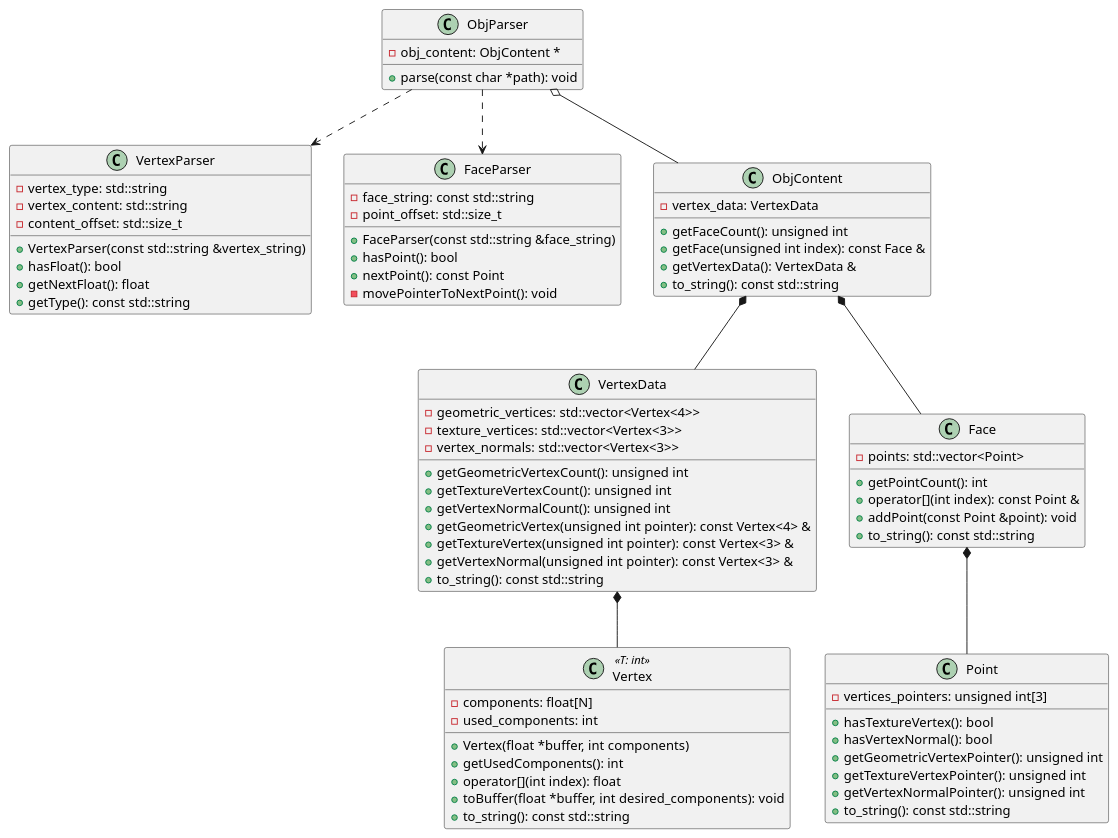
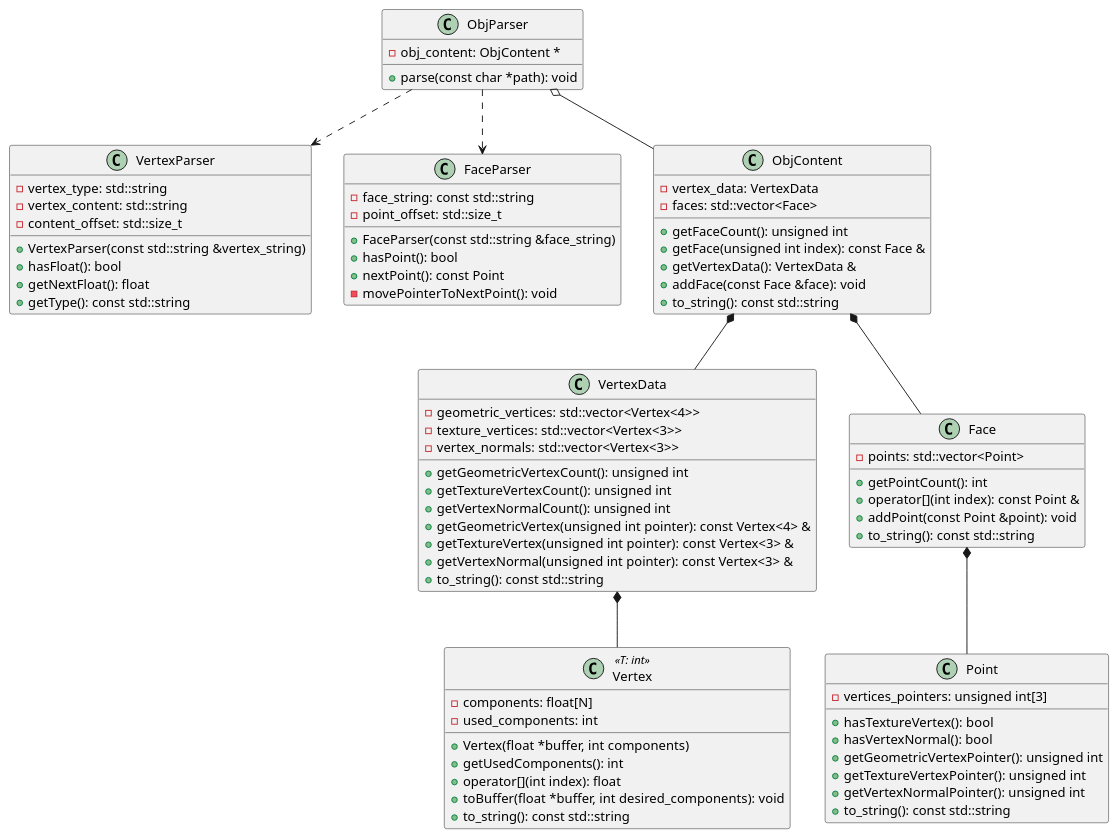
Before and after one commit to musergi/obj_parser: the diagram in obj_parser.pu, drawn with PlantUML. The commit also changed 9 other files, not shown here.

```diff
--- a/obj_parser.pu
+++ b/obj_parser.pu
@@ -1,84 +1,86 @@
 @startuml
 
 class Vertex << T: int >> {
     - components: float[N]
     - used_components: int
     + Vertex(float *buffer, int components)
     + getUsedComponents(): int
     + operator[](int index): float
     + toBuffer(float *buffer, int desired_components): void
     + to_string(): const std::string
 }
 
 class VertexParser {
     - vertex_type: std::string
     - vertex_content: std::string
     - content_offset: std::size_t
     + VertexParser(const std::string &vertex_string)
     + hasFloat(): bool
     + getNextFloat(): float
     + getType(): const std::string
 }
 
 class ObjParser {
     - obj_content: ObjContent *
     + parse(const char *path): void
 }
 
 class FaceParser {
 	- face_string: const std::string
 	- point_offset: std::size_t
 	+ FaceParser(const std::string &face_string)
 	+ hasPoint(): bool
     + nextPoint(): const Point
     - movePointerToNextPoint(): void
 }
 
 class VertexData {
     - geometric_vertices: std::vector<Vertex<4>>
     - texture_vertices: std::vector<Vertex<3>>
     - vertex_normals: std::vector<Vertex<3>>
     + getGeometricVertexCount(): unsigned int
     + getTextureVertexCount(): unsigned int
     + getVertexNormalCount(): unsigned int
     + getGeometricVertex(unsigned int pointer): const Vertex<4> &
     + getTextureVertex(unsigned int pointer): const Vertex<3> &
     + getVertexNormal(unsigned int pointer): const Vertex<3> &
     + to_string(): const std::string
 }
 
 class ObjContent {
     - vertex_data: VertexData
+    - faces: std::vector<Face>
     + getFaceCount(): unsigned int
     + getFace(unsigned int index): const Face &
     + getVertexData(): VertexData &
+    + addFace(const Face &face): void
     + to_string(): const std::string
 }
 
 class Face {
     - points: std::vector<Point>
     + getPointCount(): int
     + operator[](int index): const Point &
     + addPoint(const Point &point): void
     + to_string(): const std::string
 }
 
 class Point {
     - vertices_pointers: unsigned int[3]
     + hasTextureVertex(): bool
     + hasVertexNormal(): bool
     + getGeometricVertexPointer(): unsigned int
     + getTextureVertexPointer(): unsigned int
     + getVertexNormalPointer(): unsigned int
     + to_string(): const std::string
 }
 
 ObjContent *-- VertexData
 VertexData *-- Vertex
 ObjContent *-- Face
 Face *-- Point
 ObjParser o-- ObjContent 
 ObjParser ..> VertexParser
 ObjParser ..> FaceParser
 
 @enduml
```
